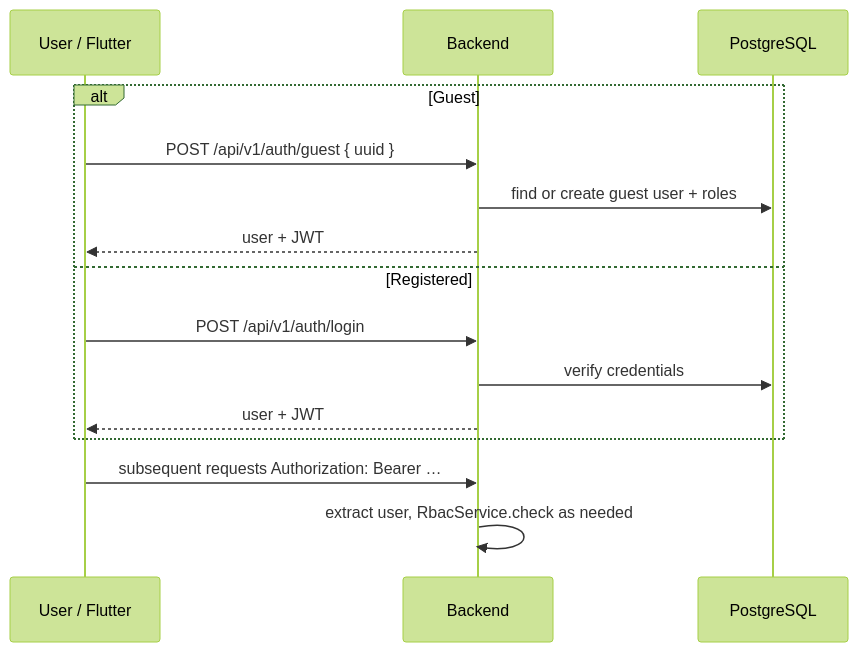
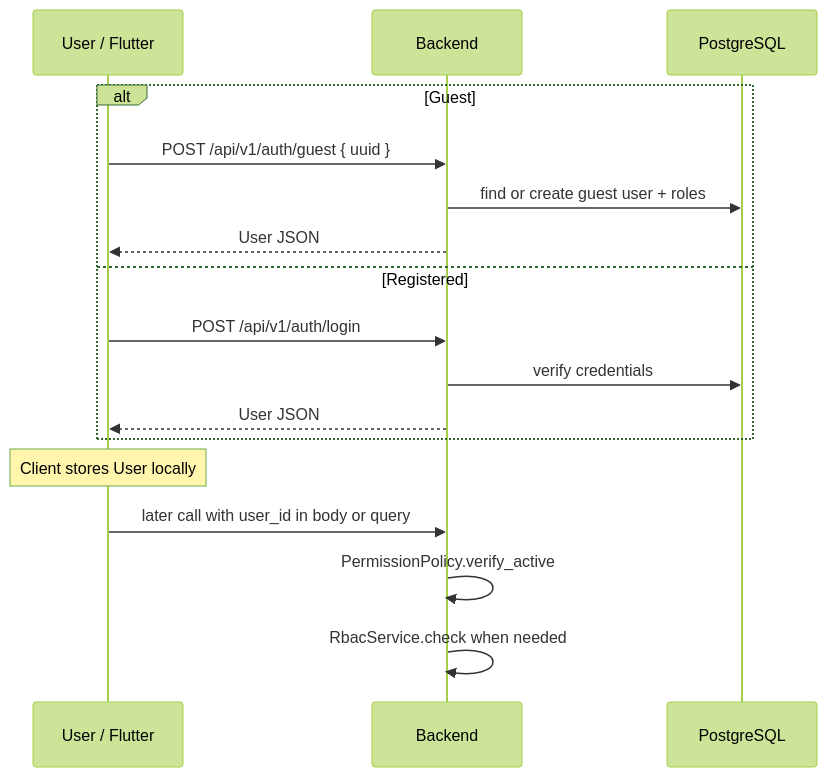
Before and after one commit to menonu/ymatch: the first of 5 diagrams in docs/explanation/architecture/06-runtime.md, drawn with Mermaid (forest theme). The commit also changed other lines of this file and 6 other files, not shown here.

First line of the commit message:
docs: fix architecture accuracy per standalone review

````diff
--- a/docs/explanation/architecture/06-runtime.md
+++ b/docs/explanation/architecture/06-runtime.md
@@ -22,18 +25,20 @@
 ```mermaid
 sequenceDiagram
   participant U as User / Flutter
   participant API as Backend
   participant DB as PostgreSQL
 
   alt Guest
     U->>API: POST /api/v1/auth/guest { uuid }
     API->>DB: find or create guest user + roles
-    API-->>U: user + JWT
+    API-->>U: User JSON
   else Registered
     U->>API: POST /api/v1/auth/login
     API->>DB: verify credentials
-    API-->>U: user + JWT
+    API-->>U: User JSON
   end
-  U->>API: subsequent requests Authorization: Bearer …
-  API->>API: extract user, RbacService.check as needed
+  Note over U: Client stores User locally
+  U->>API: later call with user_id in body or query
+  API->>API: PermissionPolicy.verify_active
+  API->>API: RbacService.check when needed
 ```
````
